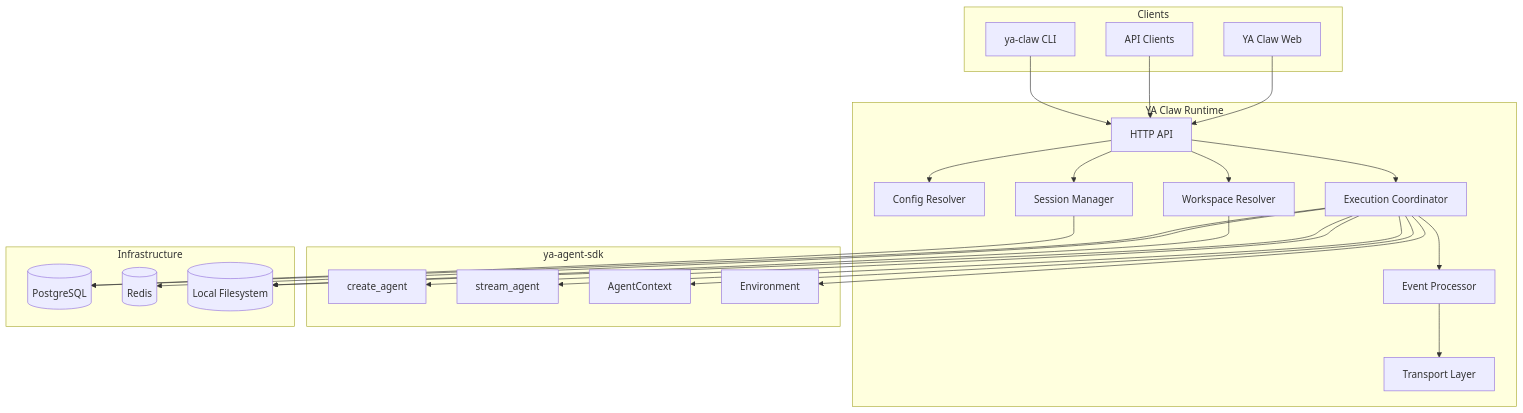
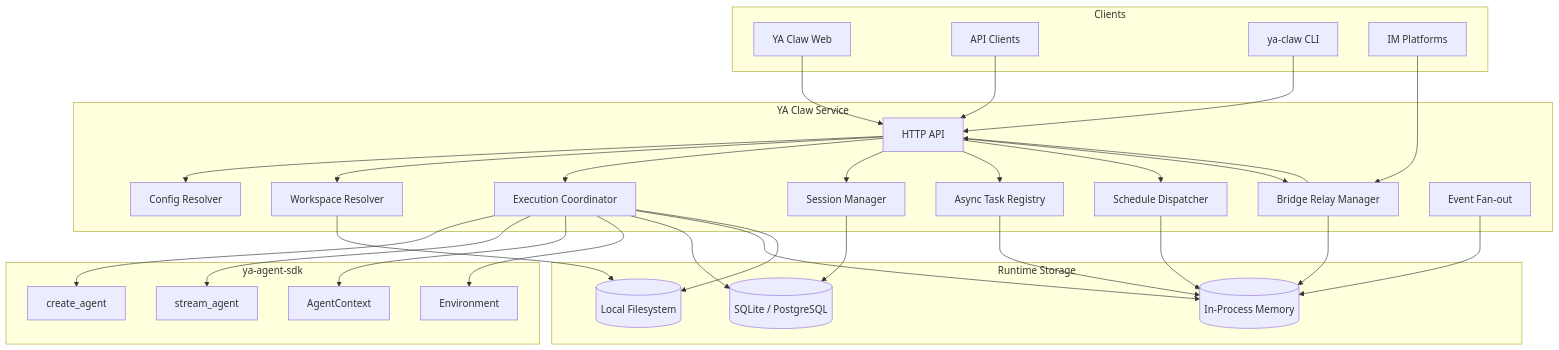
One commit to Wh1isper/ya-mono changed the diagram in packages/ya-claw/spec/00-overview.md. Above: the diagram before and after it, drawn with Mermaid. The commit also changed other lines of this file and 33 other files, not shown here.

First line of the commit message:
feat(ya-claw): align single-node runtime foundation (#119)

````diff
--- a/packages/ya-claw/spec/00-overview.md
+++ b/packages/ya-claw/spec/00-overview.md
@@ -34,52 +39,63 @@
 ```mermaid
 flowchart TB
     subgraph Clients
         WEB[YA Claw Web]
         API_CLIENT[API Clients]
         CLI[ya-claw CLI]
+        IM[IM Platforms]
     end
 
-    subgraph Runtime[YA Claw Runtime]
+    subgraph Runtime[YA Claw Service]
         API[HTTP API]
         CFG[Config Resolver]
         WSP[Workspace Resolver]
         EXEC[Execution Coordinator]
         SESS[Session Manager]
-        EVT[Event Processor]
-        STR[Transport Layer]
+        TASKS[Async Task Registry]
+        SCHED[Schedule Dispatcher]
+        BRIDGE[Bridge Relay Manager]
+        EVT[Event Fan-out]
     end
 
     subgraph SDK[ya-agent-sdk]
         AGENT[create_agent]
         STREAM[stream_agent]
         CTX[AgentContext]
         ENV[Environment]
     end
 
-    subgraph Infra[Infrastructure]
-        PG[(PostgreSQL)]
-        RD[(Redis)]
+    subgraph Storage[Runtime Storage]
+        SQL[(SQLite / PostgreSQL)]
+        MEM[(In-Process Memory)]
         FS[(Local Filesystem)]
     end
 
     WEB --> API
     API_CLIENT --> API
     CLI --> API
+    IM --> BRIDGE
+    BRIDGE --> API
 
     API --> CFG
     API --> WSP
     API --> EXEC
     API --> SESS
+    API --> TASKS
+    API --> SCHED
+    API --> BRIDGE
 
     EXEC --> AGENT
     EXEC --> STREAM
     EXEC --> CTX
     EXEC --> ENV
 
-    EXEC --> EVT --> STR
-    EXEC --> PG
-    EXEC --> RD
+    EXEC --> SQL
+    EXEC --> MEM
     EXEC --> FS
-    SESS --> PG
+    SESS --> SQL
+    TASKS --> MEM
+    SCHED --> MEM
+    BRIDGE --> MEM
+    EVT --> MEM
     WSP --> FS
 ```
````
